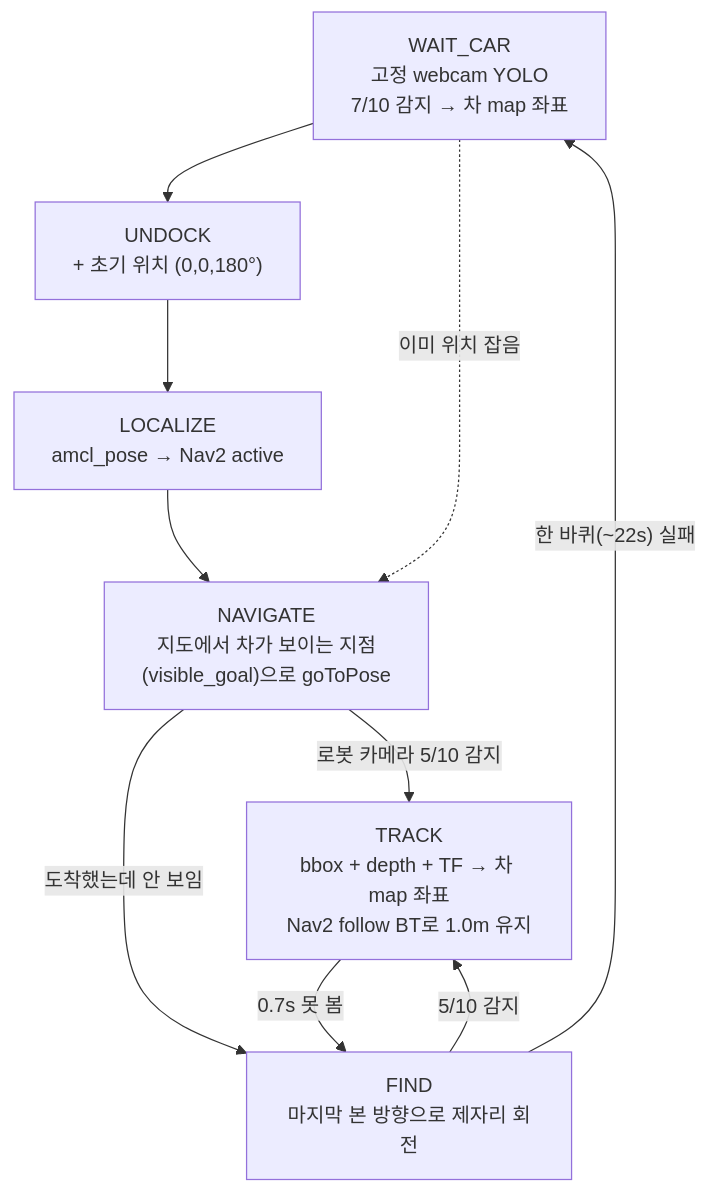
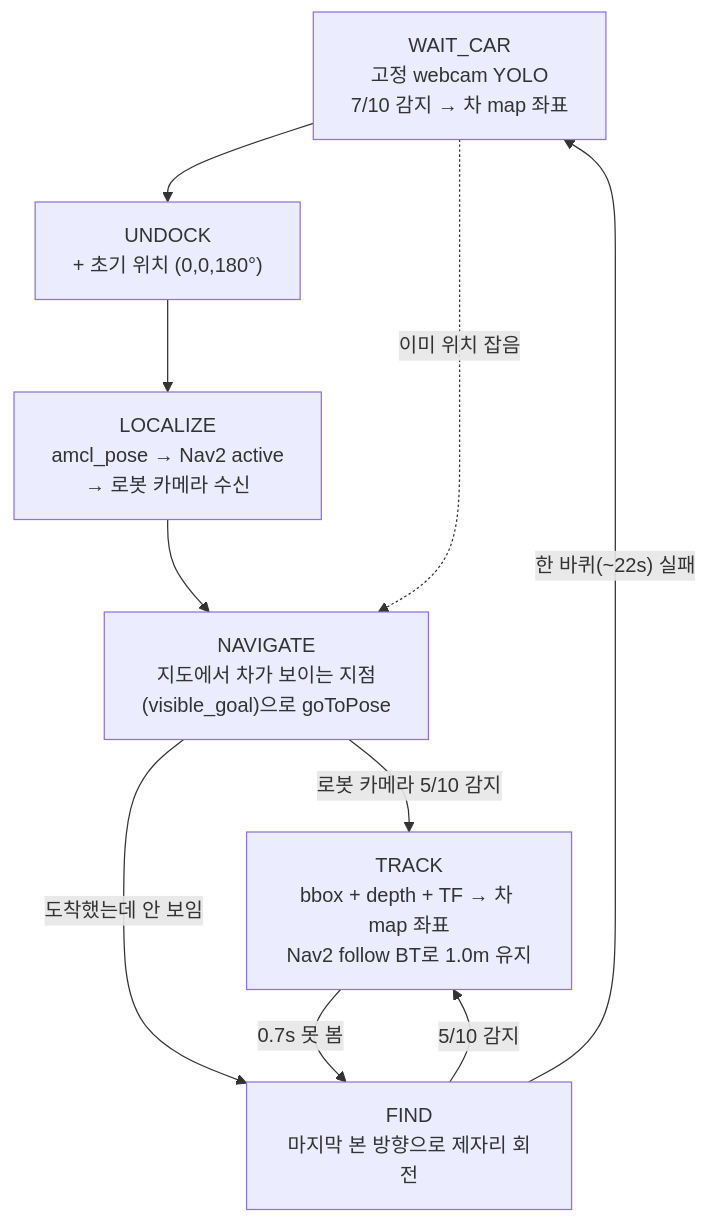
Before and after one commit to choicsh/cobot4_ws_miniproject: the first of 5 diagrams in docs/algorithm.md, drawn with Mermaid. The commit also changed other lines of this file and 3 other files, not shown here.

````diff
--- a/docs/algorithm.md
+++ b/docs/algorithm.md
@@ -9,12 +9,12 @@
 ```mermaid
 flowchart TD
     W["WAIT_CAR<br/>고정 webcam YOLO<br/>7/10 감지 → 차 map 좌표"] --> U["UNDOCK<br/>+ 초기 위치 (0,0,180°)"]
-    U --> L["LOCALIZE<br/>amcl_pose → Nav2 active"]
+    U --> L["LOCALIZE<br/>amcl_pose → Nav2 active<br/>→ 로봇 카메라 수신"]
     L --> N["NAVIGATE<br/>지도에서 차가 보이는 지점<br/>(visible_goal)으로 goToPose"]
     N -->|"로봇 카메라 5/10 감지"| T["TRACK<br/>bbox + depth + TF → 차 map 좌표<br/>Nav2 follow BT로 1.0m 유지"]
     N -->|"도착했는데 안 보임"| F["FIND<br/>마지막 본 방향으로 제자리 회전"]
     T -->|"0.7s 못 봄"| F
     F -->|"5/10 감지"| T
     F -->|"한 바퀴(~22s) 실패"| W
     W -.->|"이미 위치 잡음"| N
 ```
````
